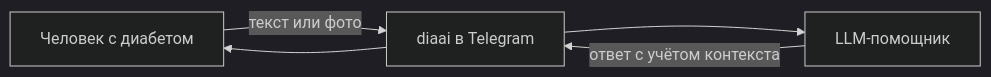
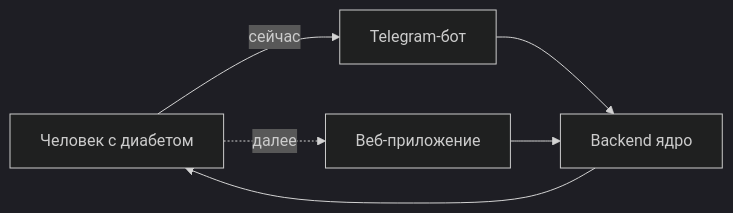
One commit to zatulik2606/diaai changed the first of 4 diagrams in README.md. Above: the diagram before and after it, drawn with Mermaid (dark theme). The commit also changed other lines of this file and 1 other file, not shown here.

````diff
--- a/README.md
+++ b/README.md
@@ -13,11 +17,13 @@
 ```mermaid
 flowchart LR
     User["Человек с диабетом"]
-    Bot["diaai в Telegram"]
-    LLM["LLM-помощник"]
+    Bot["Telegram-бот"]
+    Web["Веб-приложение"]
+    Backend["Backend ядро"]
 
-    User -->|"текст или фото"| Bot
-    Bot --> LLM
-    LLM -->|"ответ с учётом контекста"| Bot
-    Bot --> User
+    User -->|"сейчас"| Bot
+    User -.->|"далее"| Web
+    Bot --> Backend
+    Web --> Backend
+    Backend --> User
 ```
````
